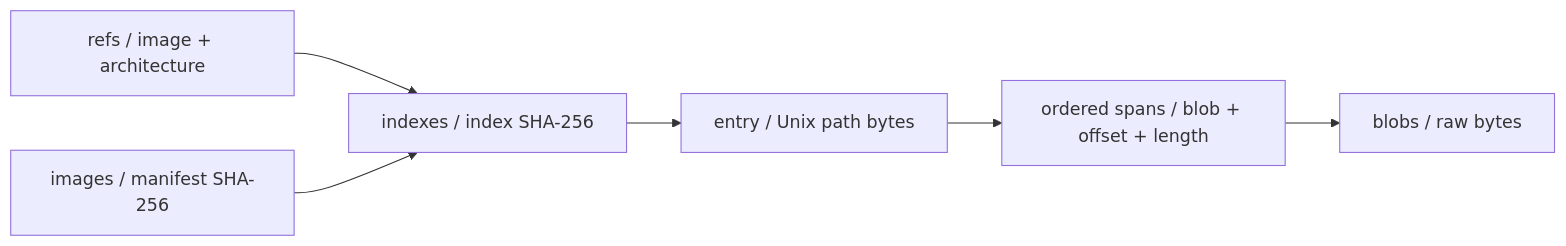
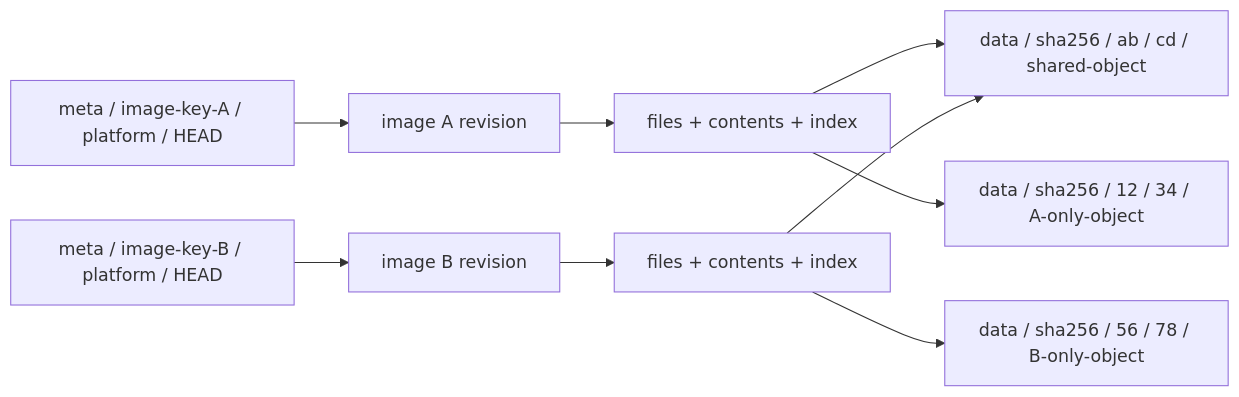
Before and after one commit to DeepLink-org/pvisor: the diagram in docs/src/en/design/shared-image-cache-storage.md, drawn with Mermaid. The commit also changed other lines of this file and 112 other files, not shown here.

First line of the commit message:
feat(docs): update credential policies and shared image cache documentation

````diff
--- a/docs/src/en/design/shared-image-cache-storage.md
+++ b/docs/src/en/design/shared-image-cache-storage.md
@@ -51,8 +322,11 @@
 ```mermaid
 flowchart LR
-    R["refs / image + architecture"] --> I["indexes / index SHA-256"]
-    D["images / manifest SHA-256"] --> I
-    I --> E["entry / Unix path bytes"]
-    E --> S["ordered spans / blob + offset + length"]
-    S --> B["blobs / raw bytes"]
+    A["meta / image-key-A / platform / HEAD"] --> RA["image A revision"]
+    B["meta / image-key-B / platform / HEAD"] --> RB["image B revision"]
+    RA --> FA["files + contents + index"]
+    RB --> FB["files + contents + index"]
+    FA --> X["data / sha256 / ab / cd / shared-object"]
+    FB --> X
+    FA --> Y["data / sha256 / 12 / 34 / A-only-object"]
+    FB --> Z["data / sha256 / 56 / 78 / B-only-object"]
 ```
````
